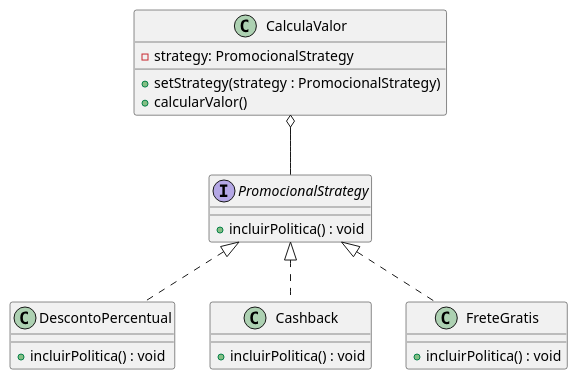
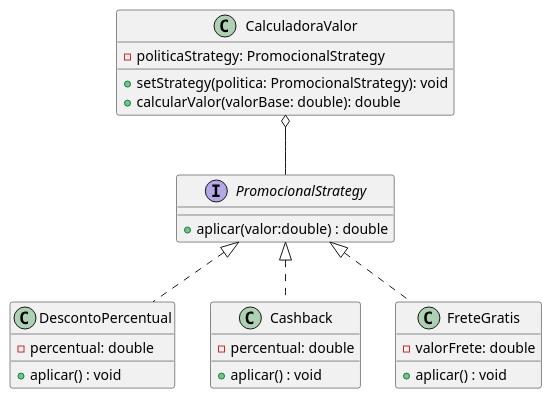
Before and after one commit to Davi-SC/padroes-projeto: the diagram in exercicios-prova01/questao02/src/DiagramClassesQ02.puml, drawn with PlantUML. The commit also changed 5 other files, not shown here.

```diff
--- a/exercicios-prova01/questao02/src/DiagramClassesQ02.puml
+++ b/exercicios-prova01/questao02/src/DiagramClassesQ02.puml
@@ -1,28 +1,30 @@
 @startuml
 'https://plantuml.com/class-diagram
 
 interface PromocionalStrategy{
-    + incluirPolitica() : void
+    + aplicar(valor:double) : double
 }
 
-class CalculaValor{
-    - strategy: PromocionalStrategy
-    + setStrategy(strategy : PromocionalStrategy)
-    + calcularValor()
+class CalculadoraValor{
+    - politicaStrategy: PromocionalStrategy
+    + setStrategy(politica: PromocionalStrategy): void
+    + calcularValor(valorBase: double): double
 }
 
 class DescontoPercentual implements PromocionalStrategy{
-    + incluirPolitica() : void
+    -percentual: double
+    + aplicar() : void
 }
 
 class Cashback implements PromocionalStrategy{
-    + incluirPolitica() : void
+    -percentual: double
+    + aplicar() : void
 }
 
 class FreteGratis implements PromocionalStrategy{
-    + incluirPolitica() : void
+    - valorFrete: double
+    + aplicar() : void
 }
-
-CalculaValor o-- PromocionalStrategy
+CalculadoraValor o-- PromocionalStrategy
 
 @enduml
```
